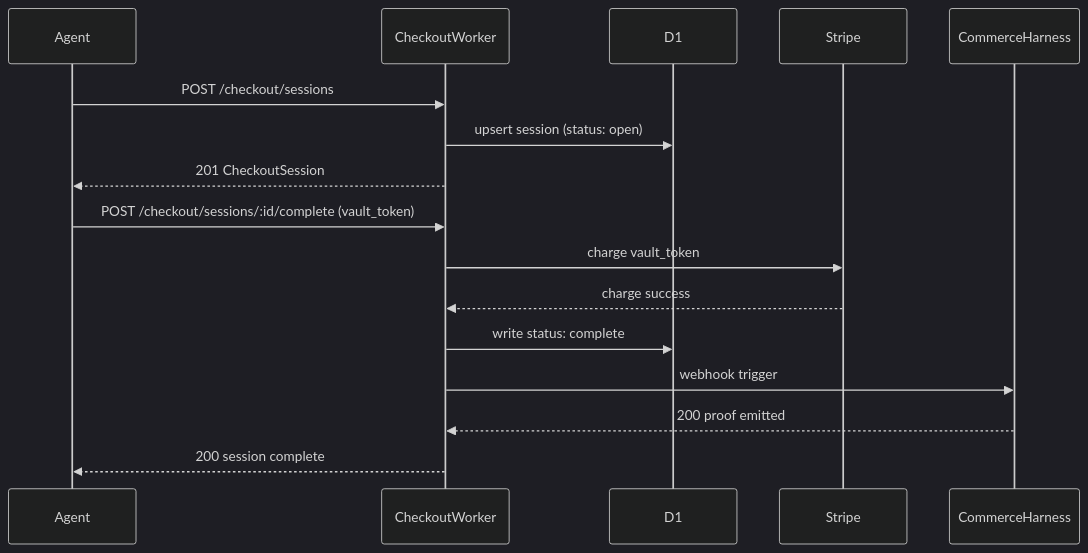
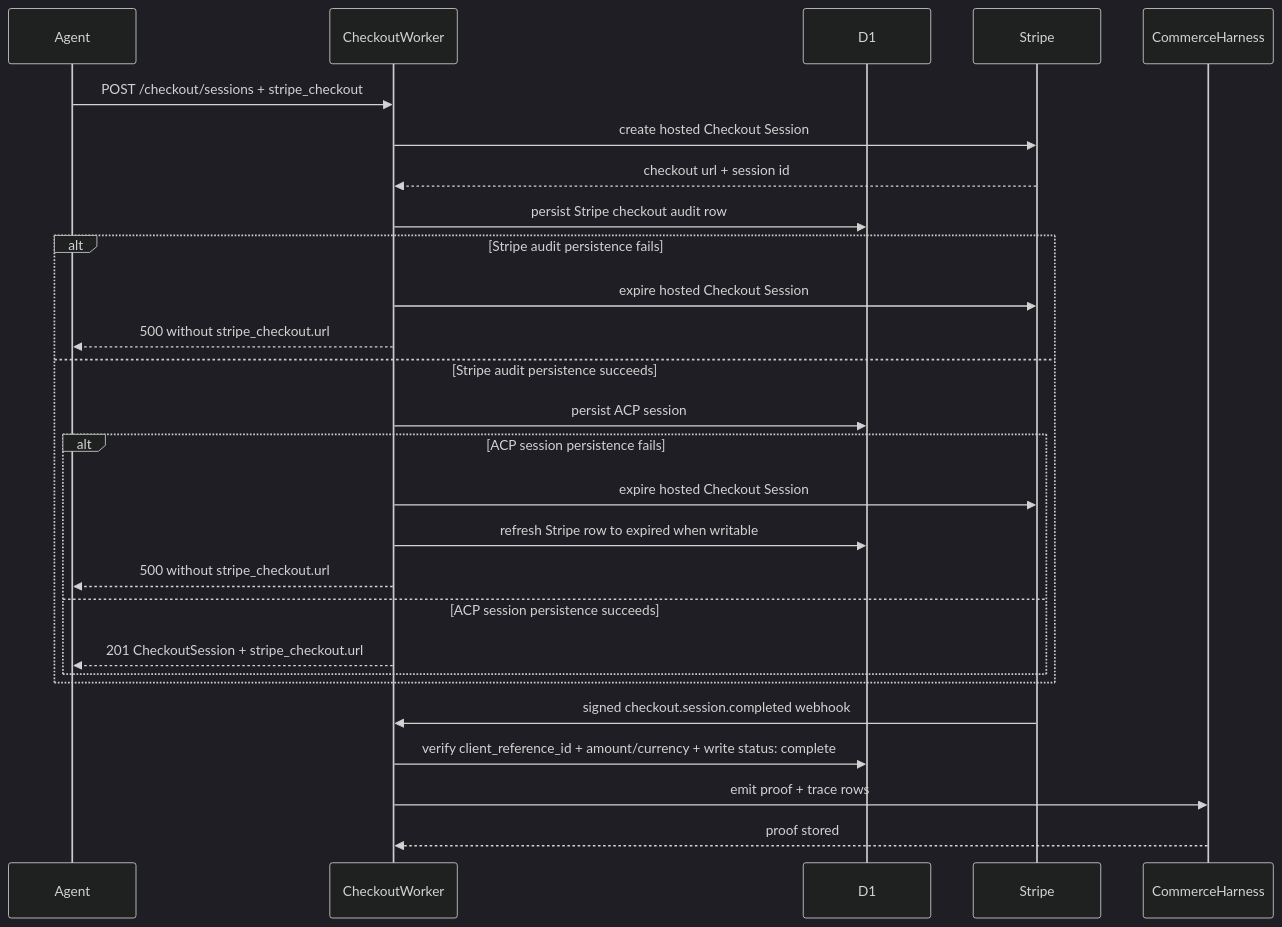
The second of 3 diagrams in docs/documents/knowgrph-agentic-commerce-prd-tad.md (huijoohwee/knowgrph), drawn with Mermaid (dark theme) before and after one commit. The commit also changed other lines of this file and 810 other files, not shown here.

Commit message:
feat: update agent commerce and canvas surfaces

````diff
--- a/docs/documents/knowgrph-agentic-commerce-prd-tad.md
+++ b/docs/documents/knowgrph-agentic-commerce-prd-tad.md
@@ -490,20 +504,30 @@
 ```mermaid
 sequenceDiagram
     participant Agent
     participant CheckoutWorker
     participant D1
     participant Stripe
     participant CommerceHarness
 
-    Agent->>CheckoutWorker: POST /checkout/sessions
-    CheckoutWorker->>D1: upsert session (status: open)
-    CheckoutWorker-->>Agent: 201 CheckoutSession
-
-    Agent->>CheckoutWorker: POST /checkout/sessions/:id/complete (vault_token)
-    CheckoutWorker->>Stripe: charge vault_token
-    Stripe-->>CheckoutWorker: charge success
-    CheckoutWorker->>D1: write status: complete
-    CheckoutWorker->>CommerceHarness: webhook trigger
-    CommerceHarness-->>CheckoutWorker: 200 proof emitted
-    CheckoutWorker-->>Agent: 200 session complete
+    Agent->>CheckoutWorker: POST /checkout/sessions + stripe_checkout
+    CheckoutWorker->>Stripe: create hosted Checkout Session
+    Stripe-->>CheckoutWorker: checkout url + session id
+    CheckoutWorker->>D1: persist Stripe checkout audit row
+    alt Stripe audit persistence fails
+        CheckoutWorker->>Stripe: expire hosted Checkout Session
+        CheckoutWorker-->>Agent: 500 without stripe_checkout.url
+    else Stripe audit persistence succeeds
+        CheckoutWorker->>D1: persist ACP session
+        alt ACP session persistence fails
+            CheckoutWorker->>Stripe: expire hosted Checkout Session
+            CheckoutWorker->>D1: refresh Stripe row to expired when writable
+            CheckoutWorker-->>Agent: 500 without stripe_checkout.url
+        else ACP session persistence succeeds
+            CheckoutWorker-->>Agent: 201 CheckoutSession + stripe_checkout.url
+        end
+    end
+    Stripe->>CheckoutWorker: signed checkout.session.completed webhook
+    CheckoutWorker->>D1: verify client_reference_id + amount/currency + write status: complete
+    CheckoutWorker->>CommerceHarness: emit proof + trace rows
+    CommerceHarness-->>CheckoutWorker: proof stored
 ```
````
